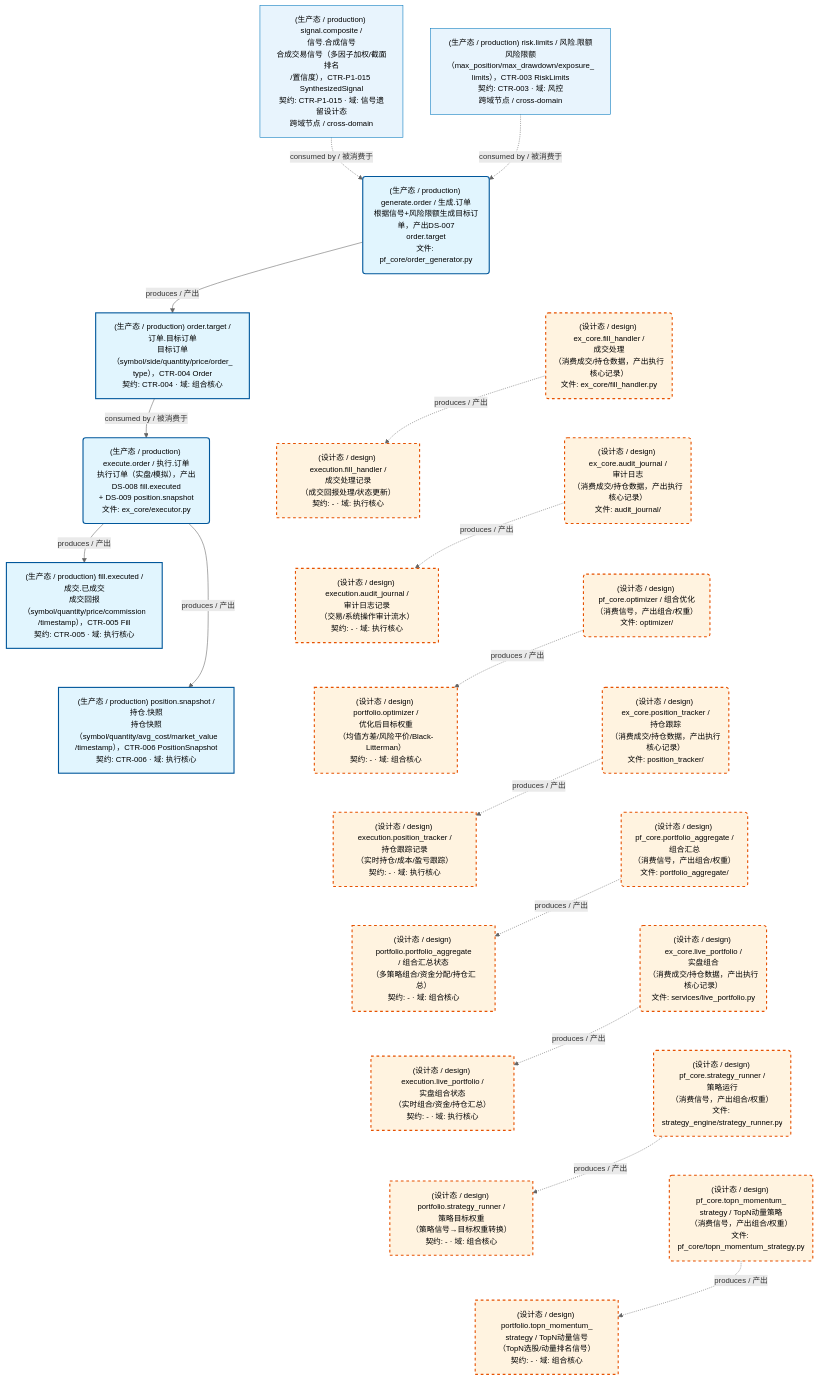
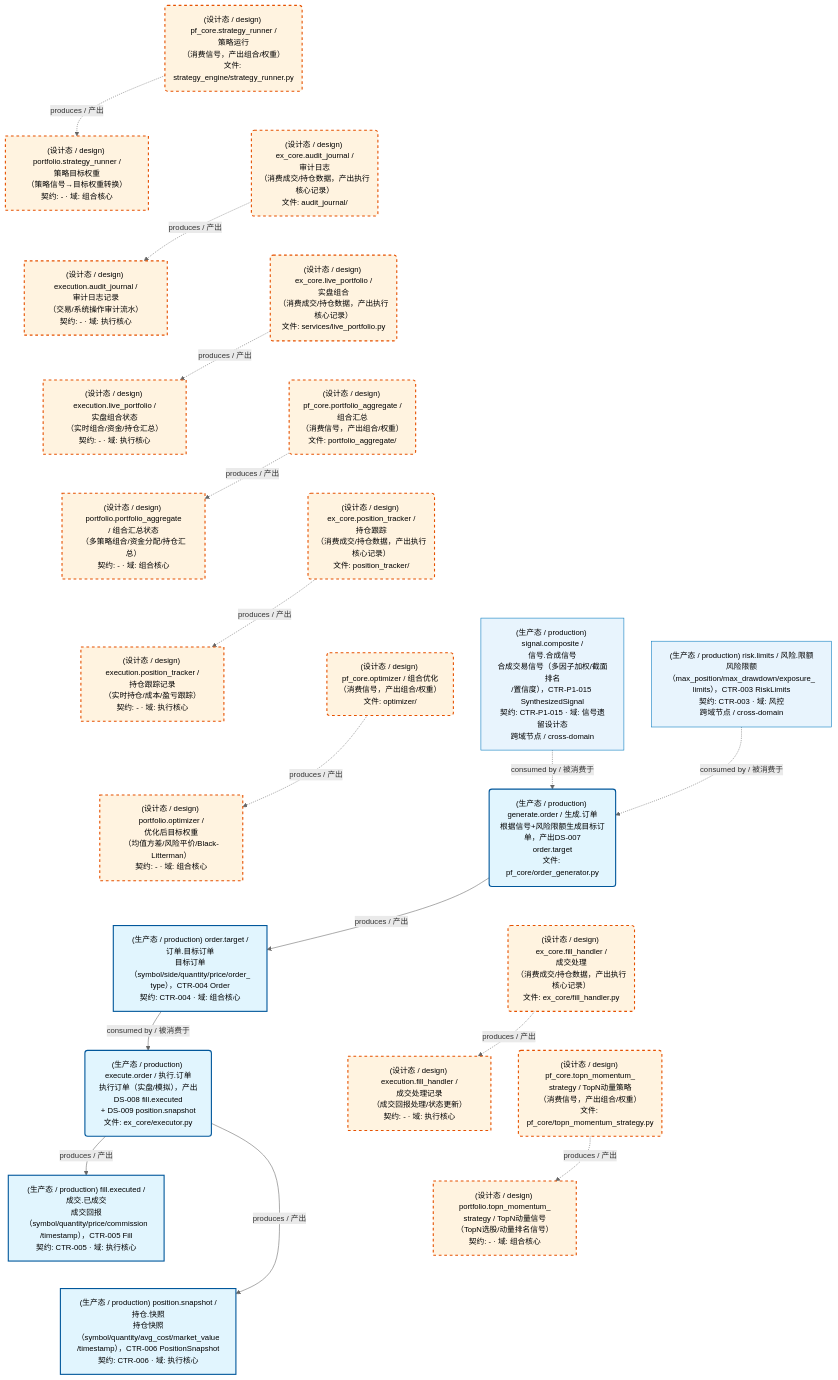
One commit to xuanFelixVan/ZephyrAlpha changed the first of 3 diagrams in docs/02_enterprise_architecture/05_dataflow_architecture/d_ex_pf_core.md. Above: the diagram before and after it, drawn with Mermaid. The commit also changed other lines of this file and 173 other files, not shown here.

````diff
--- a/docs/02_enterprise_architecture/05_dataflow_architecture/d_ex_pf_core.md
+++ b/docs/02_enterprise_architecture/05_dataflow_architecture/d_ex_pf_core.md
@@ -50,65 +50,65 @@
 ```mermaid
 %%{init: {'theme': 'base', 'themeVariables': {'primaryColor': '#eaeaea', 'primaryTextColor': '#333333', 'primaryBorderColor': '#666666', 'lineColor': '#666666', 'secondaryColor': '#eaeaea', 'tertiaryColor': '#eaeaea', 'clusterBkg': 'transparent', 'clusterBorder': 'transparent', 'fontSize': '14px'}}}%%
 flowchart TD
     DS11263["(设计态 / design) execution.audit_journal /<br/>审计日志记录<br/>（交易/系统操作审计流水）<br/>契约: - · 域: 执行核心"]
     DS11264["(设计态 / design) execution.fill_handler /<br/>成交处理记录<br/>（成交回报处理/状态更新）<br/>契约: - · 域: 执行核心"]
     DS11266["(设计态 / design) execution.live_portfolio /<br/>实盘组合状态<br/>（实时组合/资金/持仓汇总）<br/>契约: - · 域: 执行核心"]
     DS11265["(设计态 / design) execution.position_tracker /<br/>持仓跟踪记录<br/>（实时持仓/成本/盈亏跟踪）<br/>契约: - · 域: 执行核心"]
-    DS20858["(生产态 / production) fill.executed /<br/>成交.已成交<br/>成交回报（symbol/quantity/price/commission<br/>/timestamp），CTR-005 Fill<br/>契约: CTR-005 · 域: 执行核心"]
-    DS20857["(生产态 / production) order.target /<br/>订单.目标订单<br/>目标订单（symbol/side/quantity/price/order_<br/>type），CTR-004 Order<br/>契约: CTR-004 · 域: 组合核心"]
+    DS22758["(生产态 / production) fill.executed /<br/>成交.已成交<br/>成交回报（symbol/quantity/price/commission<br/>/timestamp），CTR-005 Fill<br/>契约: CTR-005 · 域: 执行核心"]
+    DS22757["(生产态 / production) order.target /<br/>订单.目标订单<br/>目标订单（symbol/side/quantity/price/order_<br/>type），CTR-004 Order<br/>契约: CTR-004 · 域: 组合核心"]
     DS11267["(设计态 / design) portfolio.optimizer /<br/>优化后目标权重<br/>（均值方差/风险平价/Black-Litterman）<br/>契约: - · 域: 组合核心"]
     DS11268["(设计态 / design) portfolio.portfolio_aggregate<br/>/ 组合汇总状态<br/>（多策略组合/资金分配/持仓汇总）<br/>契约: - · 域: 组合核心"]
     DS11269["(设计态 / design) portfolio.strategy_runner /<br/>策略目标权重<br/>（策略信号→目标权重转换）<br/>契约: - · 域: 组合核心"]
     DS11270["(设计态 / design) portfolio.topn_momentum_<br/>strategy / TopN动量信号<br/>（TopN选股/动量排名信号）<br/>契约: - · 域: 组合核心"]
-    DS20859["(生产态 / production) position.snapshot /<br/>持仓.快照<br/>持仓快照（symbol/quantity/avg_cost/market_value<br/>/timestamp），CTR-006 PositionSnapshot<br/>契约: CTR-006 · 域: 执行核心"]
+    DS22759["(生产态 / production) position.snapshot /<br/>持仓.快照<br/>持仓快照（symbol/quantity/avg_cost/market_value<br/>/timestamp），CTR-006 PositionSnapshot<br/>契约: CTR-006 · 域: 执行核心"]
     JOB757627("(设计态 / design) ex_core.audit_journal /<br/>审计日志<br/>（消费成交/持仓数据，产出执行核心记录）<br/>文件: audit_journal/")
     JOB757628("(设计态 / design) ex_core.fill_handler /<br/>成交处理<br/>（消费成交/持仓数据，产出执行核心记录）<br/>文件: ex_core/fill_handler.py")
     JOB757630("(设计态 / design) ex_core.live_portfolio /<br/>实盘组合<br/>（消费成交/持仓数据，产出执行核心记录）<br/>文件: services/live_portfolio.py")
     JOB757629("(设计态 / design) ex_core.position_tracker /<br/>持仓跟踪<br/>（消费成交/持仓数据，产出执行核心记录）<br/>文件: position_tracker/")
-    JOB969547("(生产态 / production) execute.order / 执行.订单<br/>执行订单（实盘/模拟），产出DS-008 fill.executed<br/>+ DS-009 position.snapshot<br/>文件: ex_core/executor.py")
-    JOB969546("(生产态 / production) generate.order / 生成.订单<br/>根据信号+风险限额生成目标订单，产出DS-007<br/>order.target<br/>文件: pf_core/order_generator.py")
+    JOB1023261("(生产态 / production) execute.order / 执行.订单<br/>执行订单（实盘/模拟），产出DS-008 fill.executed<br/>+ DS-009 position.snapshot<br/>文件: ex_core/executor.py")
+    JOB1023260("(生产态 / production) generate.order / 生成.订单<br/>根据信号+风险限额生成目标订单，产出DS-007<br/>order.target<br/>文件: pf_core/order_generator.py")
     JOB757631("(设计态 / design) pf_core.optimizer / 组合优化<br/>（消费信号，产出组合/权重）<br/>文件: optimizer/")
     JOB757632("(设计态 / design) pf_core.portfolio_aggregate /<br/>组合汇总<br/>（消费信号，产出组合/权重）<br/>文件: portfolio_aggregate/")
     JOB757633("(设计态 / design) pf_core.strategy_runner /<br/>策略运行<br/>（消费信号，产出组合/权重）<br/>文件: strategy_engine/strategy_runner.py")
     JOB757634("(设计态 / design) pf_core.topn_momentum_<br/>strategy / TopN动量策略<br/>（消费信号，产出组合/权重）<br/>文件: pf_core/topn_momentum_strategy.py")
-    DS20855["(生产态 / production) signal.composite /<br/>信号.合成信号<br/>合成交易信号（多因子加权/截面排名<br/>/置信度），CTR-P1-015 SynthesizedSignal<br/>契约: CTR-P1-015 · 域: 信号遗留设计态<br/>跨域节点 / cross-domain"]
-    DS20856["(生产态 / production) risk.limits / 风险.限额<br/>风险限额（max_position/max_drawdown/exposure_<br/>limits），CTR-003 RiskLimits<br/>契约: CTR-003 · 域: 风控<br/>跨域节点 / cross-domain"]
-    JOB969546 -->|produces / 产出| DS20857
-    JOB969547 -->|produces / 产出| DS20858
-    JOB969547 -->|produces / 产出| DS20859
+    DS22755["(生产态 / production) signal.composite /<br/>信号.合成信号<br/>合成交易信号（多因子加权/截面排名<br/>/置信度），CTR-P1-015 SynthesizedSignal<br/>契约: CTR-P1-015 · 域: 信号遗留设计态<br/>跨域节点 / cross-domain"]
+    DS22756["(生产态 / production) risk.limits / 风险.限额<br/>风险限额（max_position/max_drawdown/exposure_<br/>limits），CTR-003 RiskLimits<br/>契约: CTR-003 · 域: 风控<br/>跨域节点 / cross-domain"]
     JOB757627 -.->|produces / 产出| DS11263
     JOB757628 -.->|produces / 产出| DS11264
     JOB757629 -.->|produces / 产出| DS11265
     JOB757630 -.->|produces / 产出| DS11266
     JOB757631 -.->|produces / 产出| DS11267
     JOB757632 -.->|produces / 产出| DS11268
     JOB757633 -.->|produces / 产出| DS11269
     JOB757634 -.->|produces / 产出| DS11270
-    DS20855 -.->|consumed by / 被消费于| JOB969546
-    DS20856 -.->|consumed by / 被消费于| JOB969546
-    DS20857 -->|consumed by / 被消费于| JOB969547
-    JOB969546 ~~~ JOB757628
-    JOB757628 ~~~ JOB757627
-    JOB757627 ~~~ JOB757631
-    JOB757631 ~~~ JOB757629
-    JOB757629 ~~~ JOB757632
-    JOB757632 ~~~ JOB757630
-    JOB757630 ~~~ JOB757633
-    JOB757633 ~~~ JOB757634
-    DS20857 ~~~ DS11264
-    DS11264 ~~~ DS11263
-    DS11263 ~~~ DS11267
-    DS11267 ~~~ DS11265
-    DS11265 ~~~ DS11268
-    DS11268 ~~~ DS11266
-    DS11266 ~~~ DS11269
-    DS11269 ~~~ DS11270
-    DS20858 ~~~ DS20859
+    JOB1023260 -->|produces / 产出| DS22757
+    JOB1023261 -->|produces / 产出| DS22758
+    JOB1023261 -->|produces / 产出| DS22759
+    DS22755 -.->|consumed by / 被消费于| JOB1023260
+    DS22756 -.->|consumed by / 被消费于| JOB1023260
+    DS22757 -->|consumed by / 被消费于| JOB1023261
+    JOB757633 ~~~ JOB757627
+    JOB757627 ~~~ JOB757630
+    JOB757630 ~~~ JOB757632
+    JOB757632 ~~~ JOB757629
+    JOB757629 ~~~ JOB757631
+    JOB757631 ~~~ JOB1023260
+    JOB1023260 ~~~ JOB757628
+    JOB757628 ~~~ JOB757634
+    DS11269 ~~~ DS11263
+    DS11263 ~~~ DS11266
+    DS11266 ~~~ DS11268
+    DS11268 ~~~ DS11265
+    DS11265 ~~~ DS11267
+    DS11267 ~~~ DS22757
+    DS22757 ~~~ DS11264
+    DS11264 ~~~ DS11270
+    DS22758 ~~~ DS22759
     classDef production fill:#e1f5fe,stroke:#01579b,stroke-width:2px,color:#000
     classDef design fill:#fff3e0,stroke:#e65100,stroke-width:2px,color:#000,stroke-dasharray: 5 5
     classDef external_prod fill:#e8f4fd,stroke:#0277bd,stroke-width:1px,color:#000
     classDef external_design fill:#fff8e7,stroke:#ef6c00,stroke-width:1px,color:#000,stroke-dasharray: 5 5
-    class DS20858,DS20857,DS20859,JOB969547,JOB969546 production
+    class DS22758,DS22757,DS22759,JOB1023261,JOB1023260 production
     class DS11263,DS11264,DS11266,DS11265,DS11267,DS11268,DS11269,DS11270,JOB757627,JOB757628,JOB757630,JOB757629,JOB757631,JOB757632,JOB757633,JOB757634 design
-    class DS20855,DS20856 external_prod
+    class DS22755,DS22756 external_prod
 ```
````
